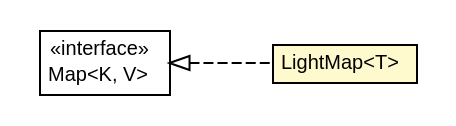
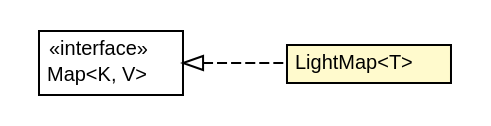
One commit to growbit/turbogwt-core changed the diagram in javadoc/apidocs/org/turbogwt/core/collections/client/LightMap.dot. Above: the diagram before and after it, drawn with Graphviz. The commit also changed 235 other files, not shown here.

```diff
--- a/javadoc/apidocs/org/turbogwt/core/collections/client/LightMap.dot
+++ b/javadoc/apidocs/org/turbogwt/core/collections/client/LightMap.dot
@@ -1,28 +1,28 @@
 #!/usr/local/bin/dot
 #
 # Class diagram 
 # Generated by UMLGraph version R5_6-24-gf6e263 (http://www.umlgraph.org/)
 #
 
 digraph G {
-	edge [fontname="arial",fontsize=10,labelfontname="arial",labelfontsize=10];
-	node [fontname="arial",fontsize=10,shape=plaintext];
+	edge [fontname="Helvetica",fontsize=10,labelfontname="Helvetica",labelfontsize=10];
+	node [fontname="Helvetica",fontsize=10,shape=plaintext];
 	nodesep=0.25;
 	ranksep=0.5;
 	rankdir=LR;
 	// org.turbogwt.core.collections.client.LightMap<T>
-	c879 [label=<<table title="org.turbogwt.core.collections.client.LightMap" border="0" cellborder="1" cellspacing="0" cellpadding="2" port="p" bgcolor="lemonChiffon" href="./LightMap.html">
+	c915 [label=<<table title="org.turbogwt.core.collections.client.LightMap" border="0" cellborder="1" cellspacing="0" cellpadding="2" port="p" bgcolor="lemonChiffon" href="./LightMap.html">
 		<tr><td><table border="0" cellspacing="0" cellpadding="1">
 <tr><td align="center" balign="center"> LightMap&lt;T&gt; </td></tr>
 		</table></td></tr>
-		</table>>, URL="./LightMap.html", fontname="arial", fontcolor="black", fontsize=10.0];
+		</table>>, URL="./LightMap.html", fontname="Helvetica", fontcolor="black", fontsize=10.0];
 	//org.turbogwt.core.collections.client.LightMap<T> implements java.util.Map<K, V>
-	c911:p -> c879:p [dir=back,arrowtail=empty,style=dashed];
+	c938:p -> c915:p [dir=back,arrowtail=empty,style=dashed];
 	// java.util.Map<K, V>
-	c911 [label=<<table title="java.util.Map" border="0" cellborder="1" cellspacing="0" cellpadding="2" port="p" href="http://download.oracle.com/javase/7/docs/api/java/util/Map.html">
+	c938 [label=<<table title="java.util.Map" border="0" cellborder="1" cellspacing="0" cellpadding="2" port="p" href="http://download.oracle.com/javase/7/docs/api/java/util/Map.html">
 		<tr><td><table border="0" cellspacing="0" cellpadding="1">
 <tr><td align="center" balign="center"> &#171;interface&#187; </td></tr>
 <tr><td align="center" balign="center"> Map&lt;K, V&gt; </td></tr>
 		</table></td></tr>
-		</table>>, URL="http://download.oracle.com/javase/7/docs/api/java/util/Map.html", fontname="arial", fontcolor="black", fontsize=10.0];
+		</table>>, URL="http://download.oracle.com/javase/7/docs/api/java/util/Map.html", fontname="Helvetica", fontcolor="black", fontsize=10.0];
 }
```
